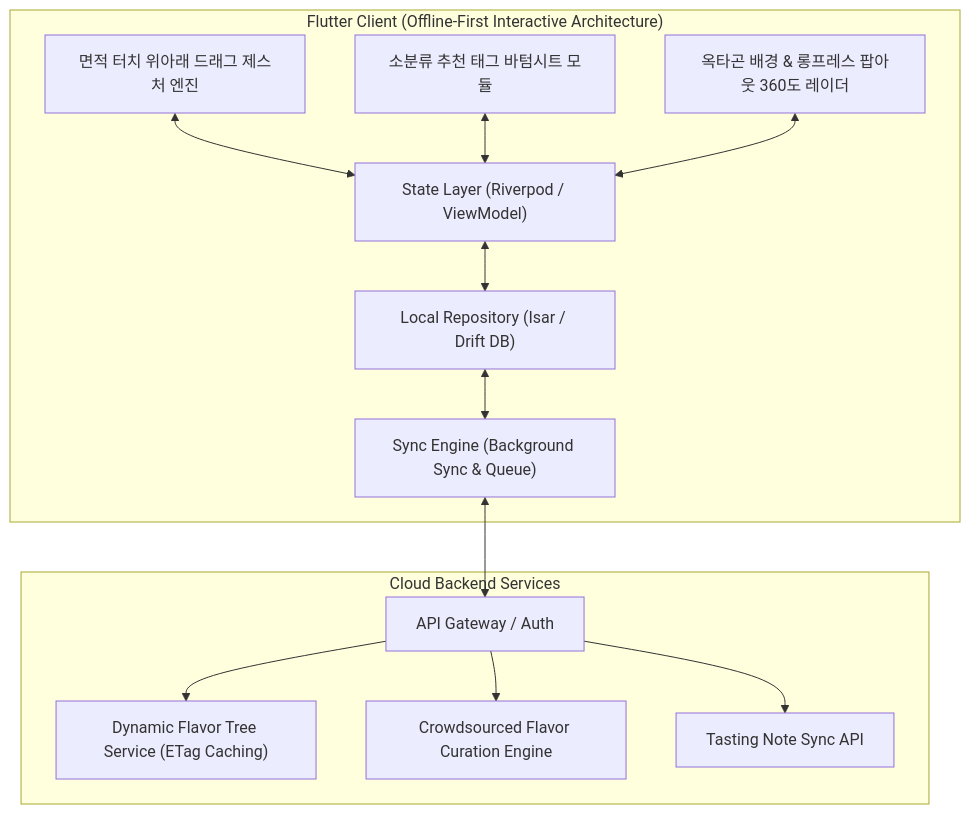
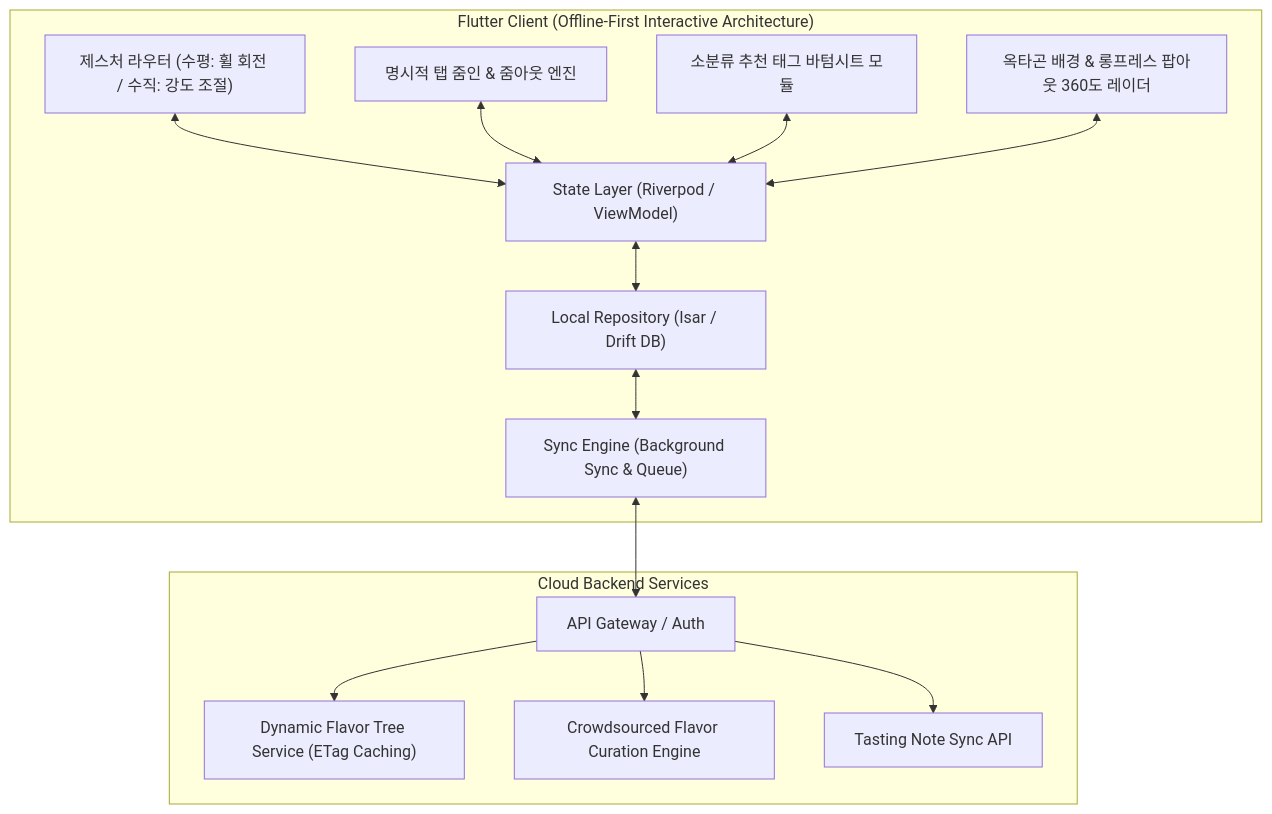
The second of 2 diagrams in README.md (chanhooop/FlavorWheel), drawn with Mermaid before and after one commit. The commit also changed other lines of this file and 1 other file, not shown here.

````diff
--- a/README.md
+++ b/README.md
@@ -79,30 +80,32 @@
 ```mermaid
 graph TB
     subgraph Client ["Flutter Client (Offline-First Interactive Architecture)"]
-        AreaDragEngine["면적 터치 위아래 드래그 제스처 엔진"]
+        GestureRouter["제스처 라우터 (수평: 휠 회전 / 수직: 강도 조절)"]
+        TapZoomEngine["명시적 탭 줌인 & 줌아웃 엔진"]
         TagSheetEngine["소분류 추천 태그 바텀시트 모듈"]
         OctagonRadarEngine["옥타곤 배경 & 롱프레스 팝아웃 360도 레이더"]
 
         State["State Layer (Riverpod / ViewModel)"]
         SyncEngine["Sync Engine (Background Sync & Queue)"]
         LocalRepository["Local Repository (Isar / Drift DB)"]
 
-        AreaDragEngine <--> State
+        GestureRouter <--> State
+        TapZoomEngine <--> State
         TagSheetEngine <--> State
         OctagonRadarEngine <--> State
         State <--> LocalRepository
         LocalRepository <--> SyncEngine
     end
 
     subgraph RemoteBackend ["Cloud Backend Services"]
         Gateway["API Gateway / Auth"]
         TreeService["Dynamic Flavor Tree Service (ETag Caching)"]
         CurationService["Crowdsourced Flavor Curation Engine"]
         NoteService["Tasting Note Sync API"]
     end
 
     SyncEngine <--> Gateway
     Gateway --> TreeService
     Gateway --> CurationService
     Gateway --> NoteService
 ```
````
